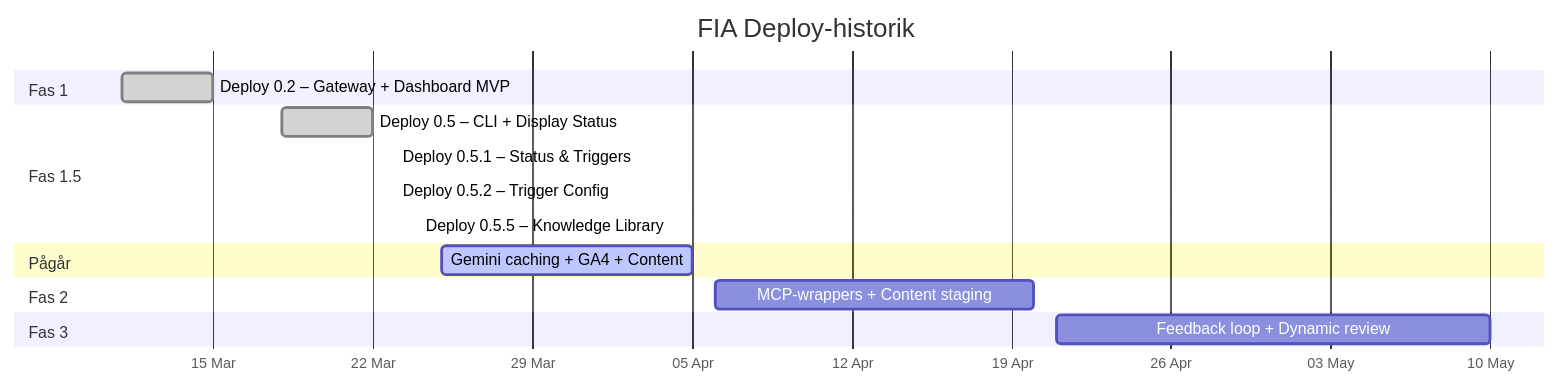
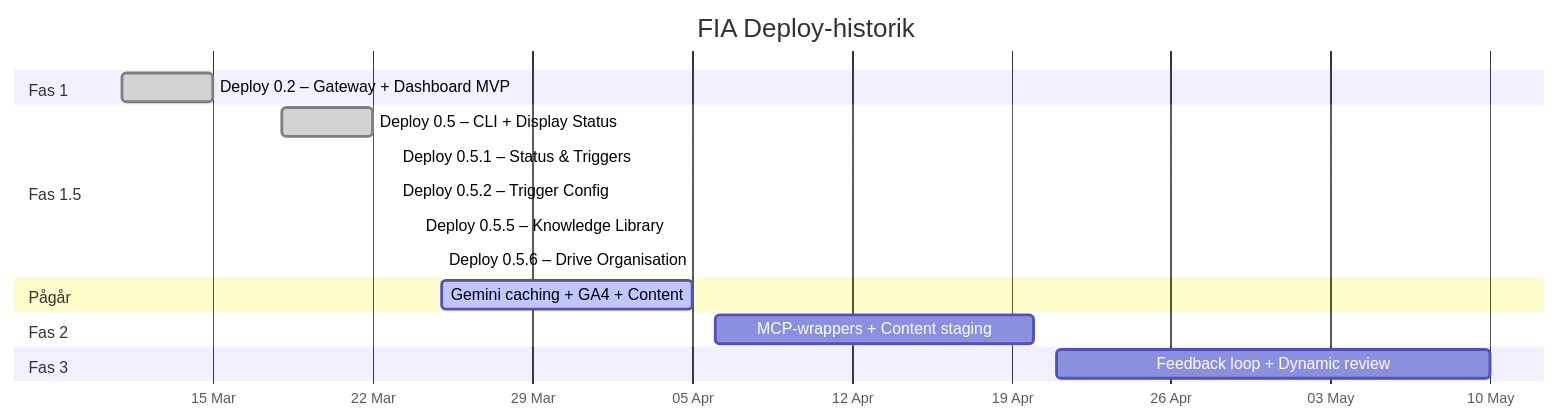
The diagram in docs/docs/architecture/roadmap.md (Ambivrt/FIA), drawn with Mermaid before and after one commit. The commit also changed other lines of this file and 7 other files, not shown here.

````diff
--- a/docs/docs/architecture/roadmap.md
+++ b/docs/docs/architecture/roadmap.md
@@ -7,24 +7,26 @@
 ```mermaid
 gantt
     title FIA Deploy-historik
     dateFormat YYYY-MM-DD
     axisFormat %d %b
 
     section Fas 1
     Deploy 0.2 – Gateway + Dashboard MVP :done, d02, 2026-03-11, 2026-03-15
 
     section Fas 1.5
     Deploy 0.5 – CLI + Display Status     :done, d05, 2026-03-18, 2026-03-22
     Deploy 0.5.1 – Status & Triggers      :done, d051, 2026-03-23, 2026-03-23
     Deploy 0.5.2 – Trigger Config          :done, d052, 2026-03-23, 2026-03-23
     Deploy 0.5.5 – Knowledge Library       :done, d055, 2026-03-24, 2026-03-24
 
+    Deploy 0.5.6 – Drive Organisation       :done, d056, 2026-03-25, 2026-03-25
+
     section Pågår
     Gemini caching + GA4 + Content         :active, curr, 2026-03-25, 2026-04-05
 
     section Fas 2
     MCP-wrappers + Content staging         :f2, 2026-04-06, 2026-04-20
 
     section Fas 3
     Feedback loop + Dynamic review         :f3, 2026-04-21, 2026-05-10
 ```
````
